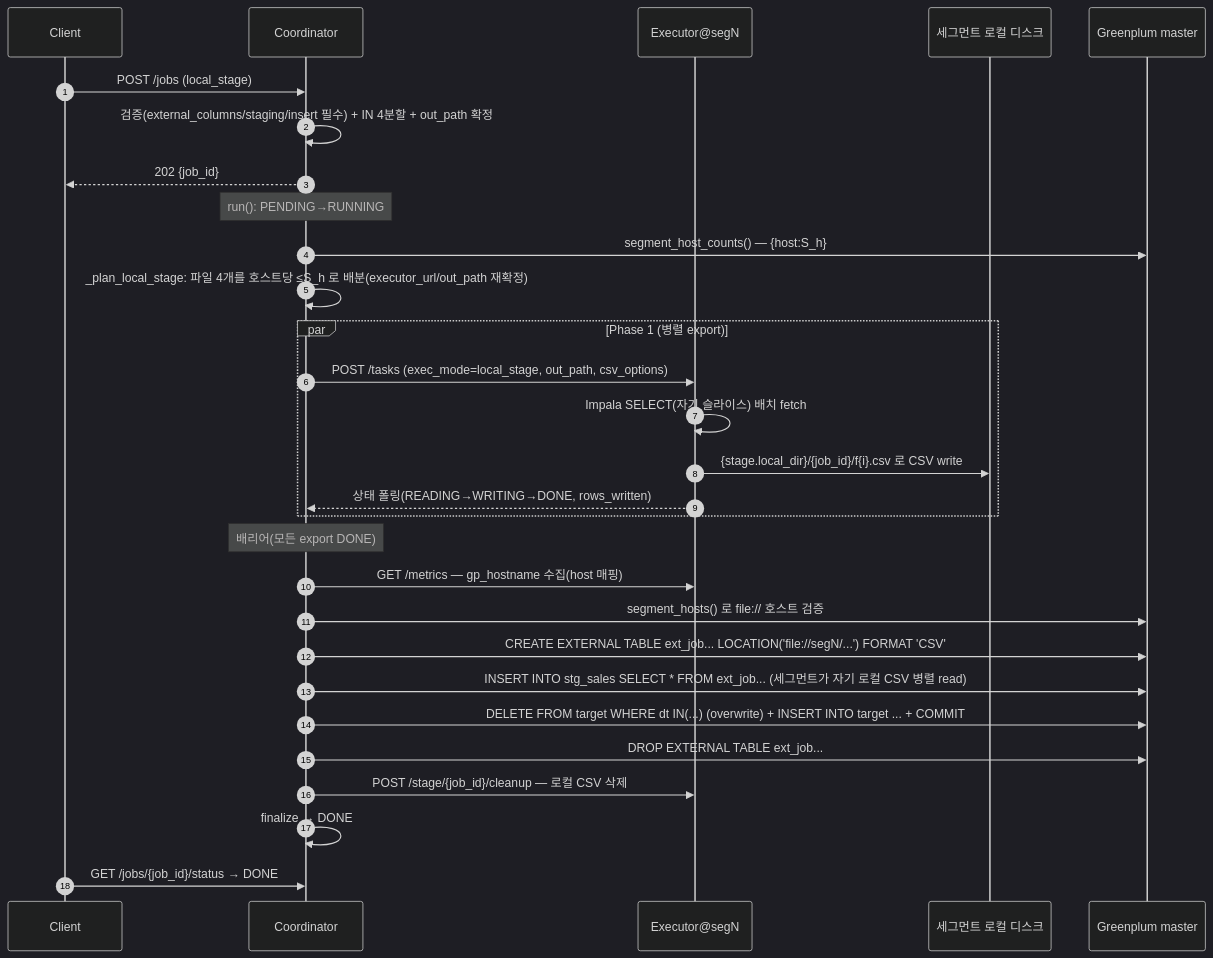
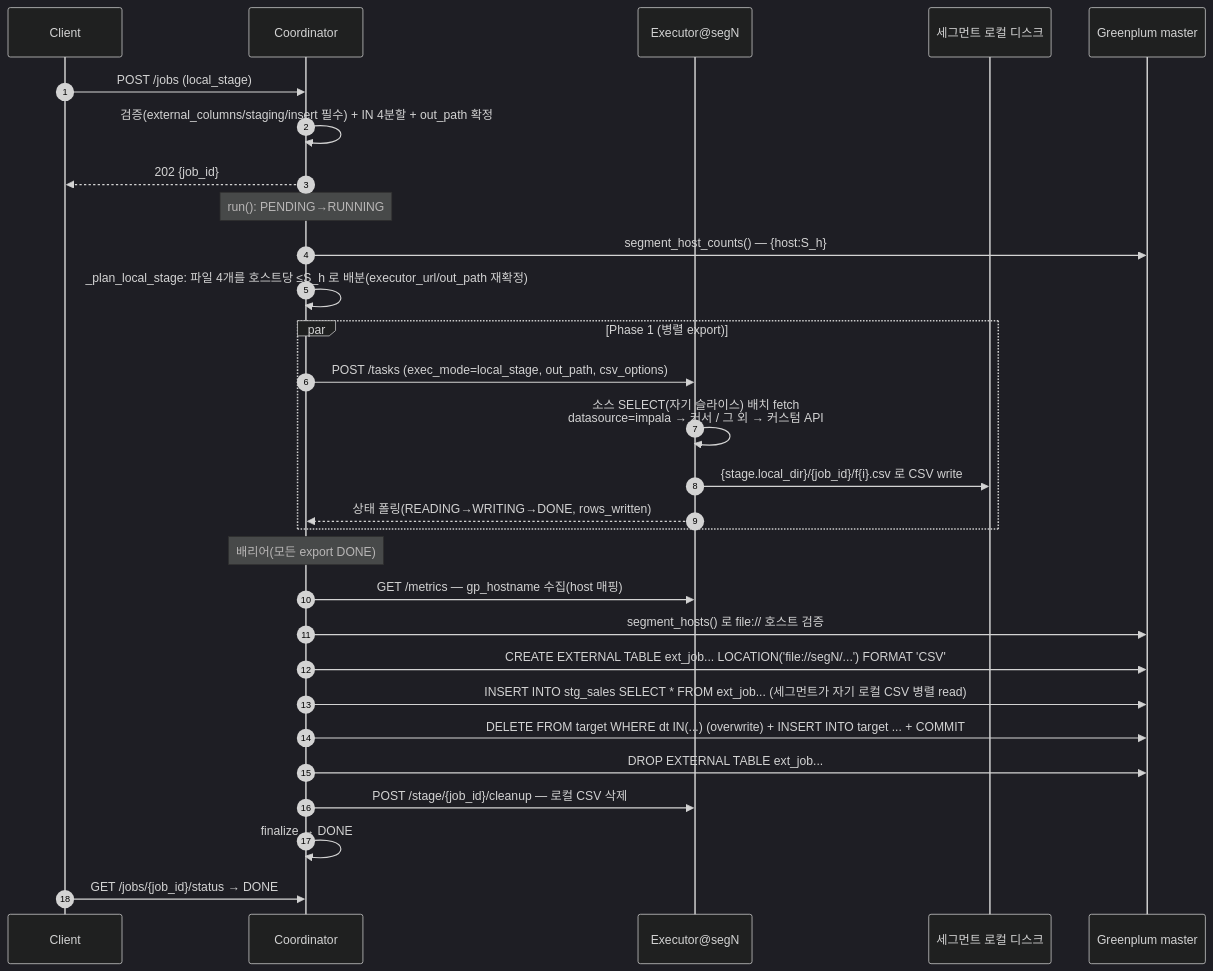
The diagram in docs/images/guide-01.mmd (DataDynamics/distributed-query-executor), drawn with Mermaid (dark theme) before and after one commit. The commit also changed 14 other files, not shown here.

```diff
--- a/docs/images/guide-01.mmd
+++ b/docs/images/guide-01.mmd
@@ -1,30 +1,30 @@
 sequenceDiagram
     autonumber
     participant C as Client
     participant CO as Coordinator
     participant EX as Executor@segN
     participant DISK as 세그먼트 로컬 디스크
     participant GP as Greenplum master
 
     C->>CO: POST /jobs (local_stage)
     CO->>CO: 검증(external_columns/staging/insert 필수) + IN 4분할 + out_path 확정
     CO-->>C: 202 {job_id}
     Note over CO: run(): PENDING→RUNNING
     CO->>GP: segment_host_counts() — {host:S_h}
     CO->>CO: _plan_local_stage: 파일 4개를 호스트당 ≤S_h 로 배분(executor_url/out_path 재확정)
     par Phase 1 (병렬 export)
         CO->>EX: POST /tasks (exec_mode=local_stage, out_path, csv_options)
-        EX->>EX: Impala SELECT(자기 슬라이스) 배치 fetch
+        EX->>EX: 소스 SELECT(자기 슬라이스) 배치 fetch<br/>datasource=impala → 커서 / 그 외 → 커스텀 API
         EX->>DISK: {stage.local_dir}/{job_id}/f{i}.csv 로 CSV write
         EX-->>CO: 상태 폴링(READING→WRITING→DONE, rows_written)
     end
     Note over CO: 배리어(모든 export DONE)
     CO->>EX: GET /metrics — gp_hostname 수집(host 매핑)
     CO->>GP: segment_hosts() 로 file:// 호스트 검증
     CO->>GP: CREATE EXTERNAL TABLE ext_job... LOCATION('file://segN/...') FORMAT 'CSV'
     CO->>GP: INSERT INTO stg_sales SELECT * FROM ext_job...  (세그먼트가 자기 로컬 CSV 병렬 read)
     CO->>GP: DELETE FROM target WHERE dt IN(...)  (overwrite)  + INSERT INTO target ... + COMMIT
     CO->>GP: DROP EXTERNAL TABLE ext_job...
     CO->>EX: POST /stage/{job_id}/cleanup — 로컬 CSV 삭제
     CO->>CO: finalize → DONE
     C->>CO: GET /jobs/{job_id}/status → DONE
```
